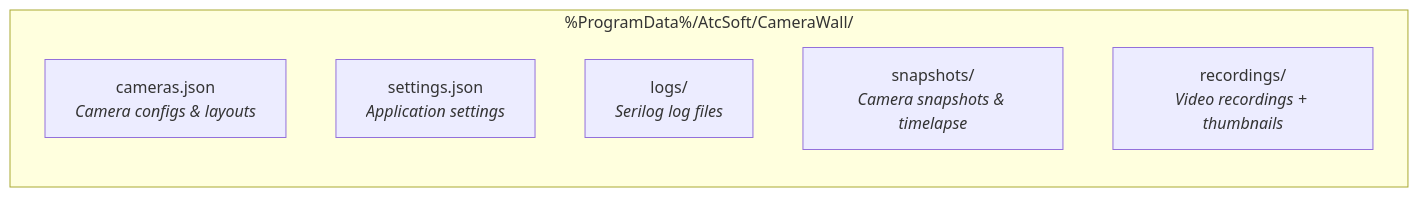
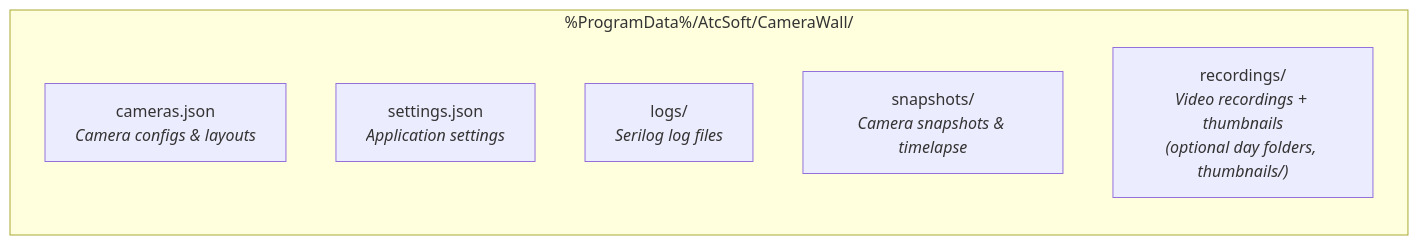
One commit to davidkallesen/AtcSoft.VideoSurveillance changed the seventh of 8 diagrams in docs/architecture.md. Above: the diagram before and after it, drawn with Mermaid. The commit also changed 8 other files, not shown here.

````diff
--- a/docs/architecture.md
+++ b/docs/architecture.md
@@ -292,10 +292,10 @@
 ```mermaid
 graph LR
     subgraph ProgramData["%ProgramData%/AtcSoft/CameraWall/"]
         cameras["cameras.json<br/><i>Camera configs & layouts</i>"]
         settings["settings.json<br/><i>Application settings</i>"]
         logs["logs/<br/><i>Serilog log files</i>"]
         snapshots["snapshots/<br/><i>Camera snapshots & timelapse</i>"]
-        recordings["recordings/<br/><i>Video recordings + thumbnails</i>"]
+        recordings["recordings/<br/><i>Video recordings + thumbnails<br/>(optional day folders, thumbnails/)</i>"]
     end
 ```
````
